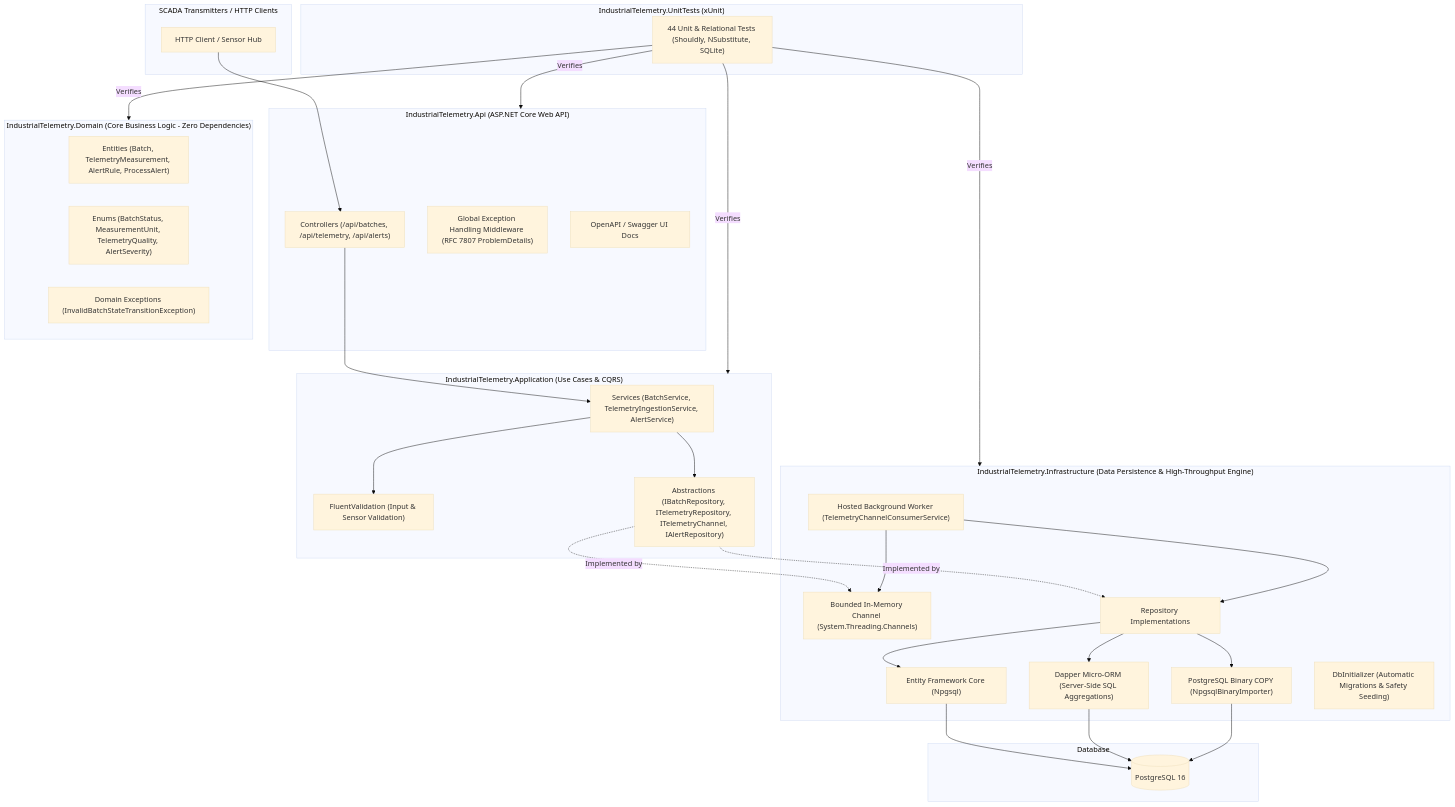
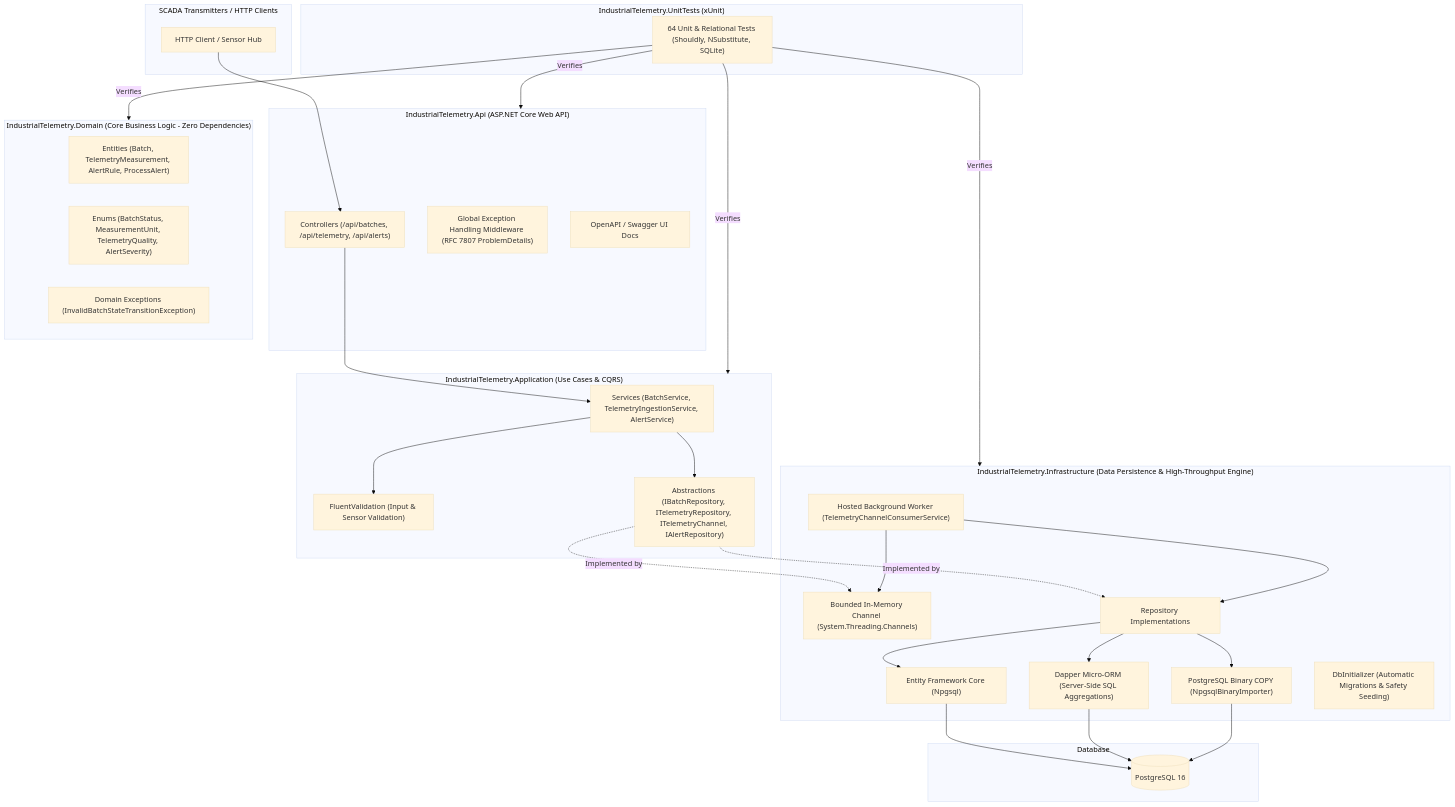
The first of 3 diagrams in README.md (yancsalmeida/IndustrialTelemetry.Engine), drawn with Mermaid (base theme) before and after one commit. The commit also changed other lines of this file and 15 other files, not shown here.

````diff
--- a/README.md
+++ b/README.md
@@ -19,61 +19,61 @@
 ```mermaid
 flowchart TD
     subgraph Client["SCADA Transmitters / HTTP Clients"]
         HTTP["HTTP Client / Sensor Hub"]
     end
 
     subgraph API["IndustrialTelemetry.Api (ASP.NET Core Web API)"]
         Endpoints["Controllers (/api/batches, /api/telemetry, /api/alerts)"]
         Middleware["Global Exception Handling Middleware (RFC 7807 ProblemDetails)"]
         Swagger["OpenAPI / Swagger UI Docs"]
     end
 
     subgraph App["IndustrialTelemetry.Application (Use Cases & CQRS)"]
         Services["Services (BatchService, TelemetryIngestionService, AlertService)"]
         Validators["FluentValidation (Input & Sensor Validation)"]
         Interfaces["Abstractions (IBatchRepository, ITelemetryRepository, ITelemetryChannel, IAlertRepository)"]
     end
 
     subgraph Domain["IndustrialTelemetry.Domain (Core Business Logic - Zero Dependencies)"]
         Entities["Entities (Batch, TelemetryMeasurement, AlertRule, ProcessAlert)"]
         Enums["Enums (BatchStatus, MeasurementUnit, TelemetryQuality, AlertSeverity)"]
         Exceptions["Domain Exceptions (InvalidBatchStateTransitionException)"]
     end
 
     subgraph Infra["IndustrialTelemetry.Infrastructure (Data Persistence & High-Throughput Engine)"]
         EFCore["Entity Framework Core (Npgsql)"]
         Dapper["Dapper Micro-ORM (Server-Side SQL Aggregations)"]
         BinaryCopy["PostgreSQL Binary COPY (NpgsqlBinaryImporter)"]
         Channel["Bounded In-Memory Channel (System.Threading.Channels)"]
         Worker["Hosted Background Worker (TelemetryChannelConsumerService)"]
         Repos["Repository Implementations"]
         DbInit["DbInitializer (Automatic Migrations & Safety Seeding)"]
     end
 
     subgraph DB["Database"]
         PG[("PostgreSQL 16")]
     end
 
     subgraph Tests["IndustrialTelemetry.UnitTests (xUnit)"]
-        UnitTests["44 Unit & Relational Tests (Shouldly, NSubstitute, SQLite)"]
+        UnitTests["64 Unit & Relational Tests (Shouldly, NSubstitute, SQLite)"]
     end
 
     HTTP --> Endpoints
     Endpoints --> Services
     Services --> Validators
     Services --> Interfaces
     Interfaces -.->|"Implemented by"| Repos
     Interfaces -.->|"Implemented by"| Channel
     Repos --> EFCore
     Repos --> Dapper
     Repos --> BinaryCopy
     Worker --> Channel
     Worker --> Repos
     EFCore --> PG
     Dapper --> PG
     BinaryCopy --> PG
     UnitTests -->|"Verifies"| Domain
     UnitTests -->|"Verifies"| App
     UnitTests -->|"Verifies"| Infra
     UnitTests -->|"Verifies"| API
 ```
````
